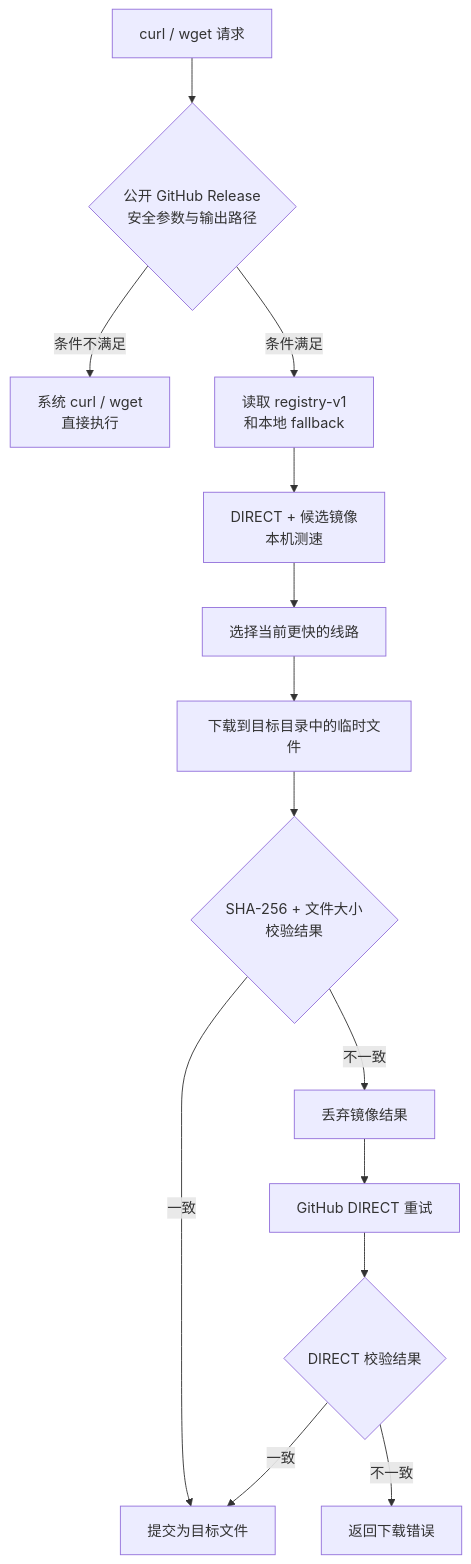
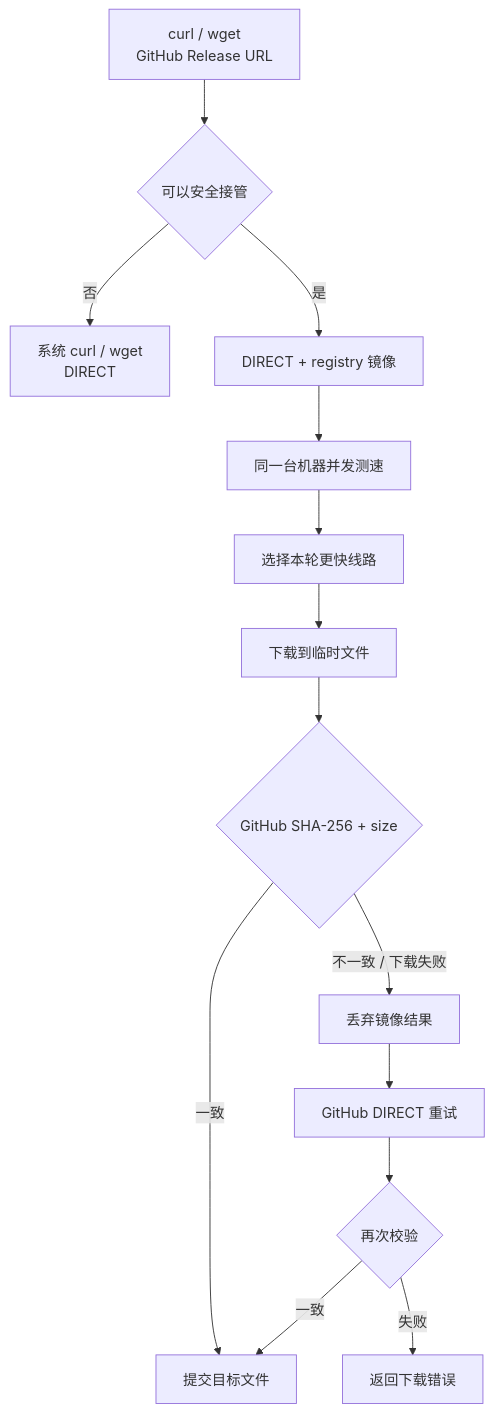
One commit to Takabunbin/ghlane changed the first of 2 diagrams in README.md. Above: the diagram before and after it, drawn with Mermaid. The commit also changed other lines of this file, not shown here.

````diff
--- a/README.md
+++ b/README.md
@@ -67,16 +103,16 @@
 ```mermaid
 flowchart TD
-    A["curl / wget 请求"] --> B{"公开 GitHub Release<br/>安全参数与输出路径"}
-    B -- "条件不满足" --> D["系统 curl / wget<br/>直接执行"]
-    B -- "条件满足" --> M["读取 registry-v1<br/>和本地 fallback"]
-    M --> R["DIRECT + 候选镜像<br/>本机测速"]
-    R --> F["选择当前更快的线路"]
-    F --> T["下载到目标目录中的临时文件"]
-    T --> V{"SHA-256 + 文件大小<br/>校验结果"}
-    V -- "一致" --> O["提交为目标文件"]
-    V -- "不一致" --> X["丢弃镜像结果"]
+    A["curl / wget<br/>GitHub Release URL"] --> B{"可以安全接管"}
+    B -- "否" --> D["系统 curl / wget<br/>DIRECT"]
+    B -- "是" --> M["DIRECT + registry 镜像"]
+    M --> R["同一台机器并发测速"]
+    R --> F["选择本轮更快线路"]
+    F --> T["下载到临时文件"]
+    T --> V{"GitHub SHA-256 + size"}
+    V -- "一致" --> O["提交目标文件"]
+    V -- "不一致 / 下载失败" --> X["丢弃镜像结果"]
     X --> G["GitHub DIRECT 重试"]
-    G --> W{"DIRECT 校验结果"}
+    G --> W{"再次校验"}
     W -- "一致" --> O
-    W -- "不一致" --> E["返回下载错误"]
+    W -- "失败" --> E["返回下载错误"]
 ```
````
